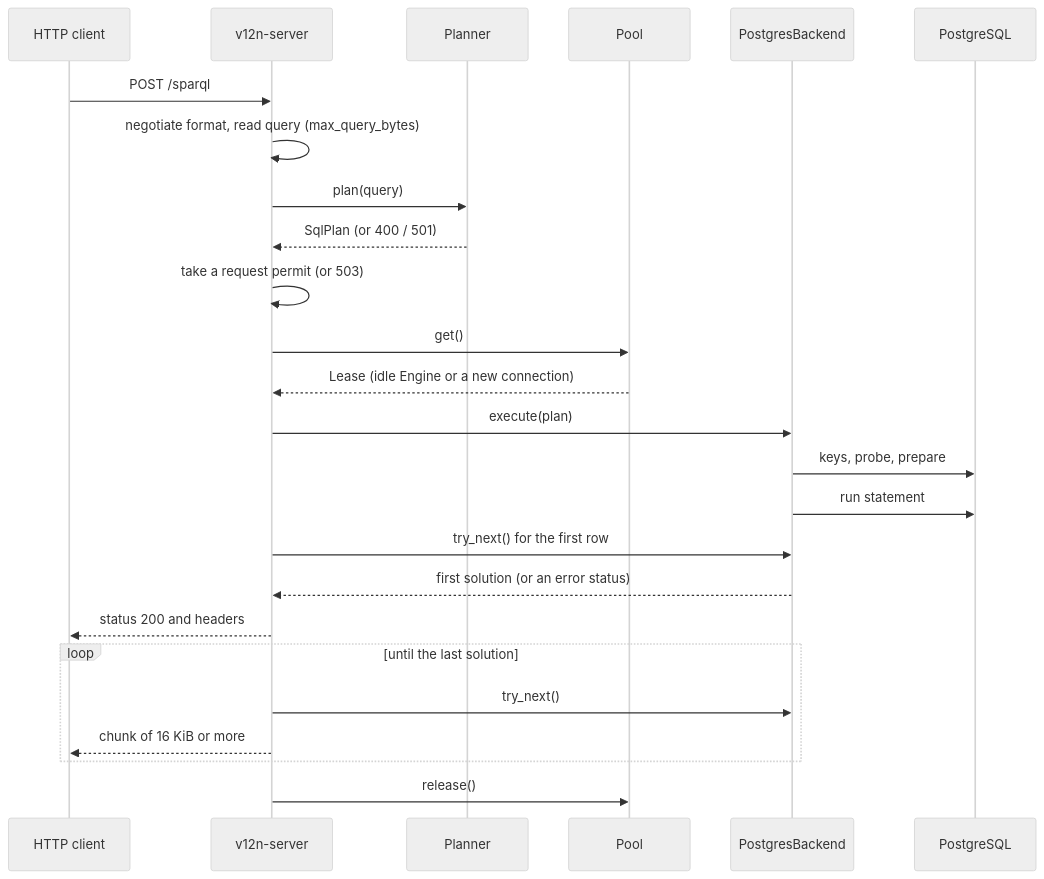
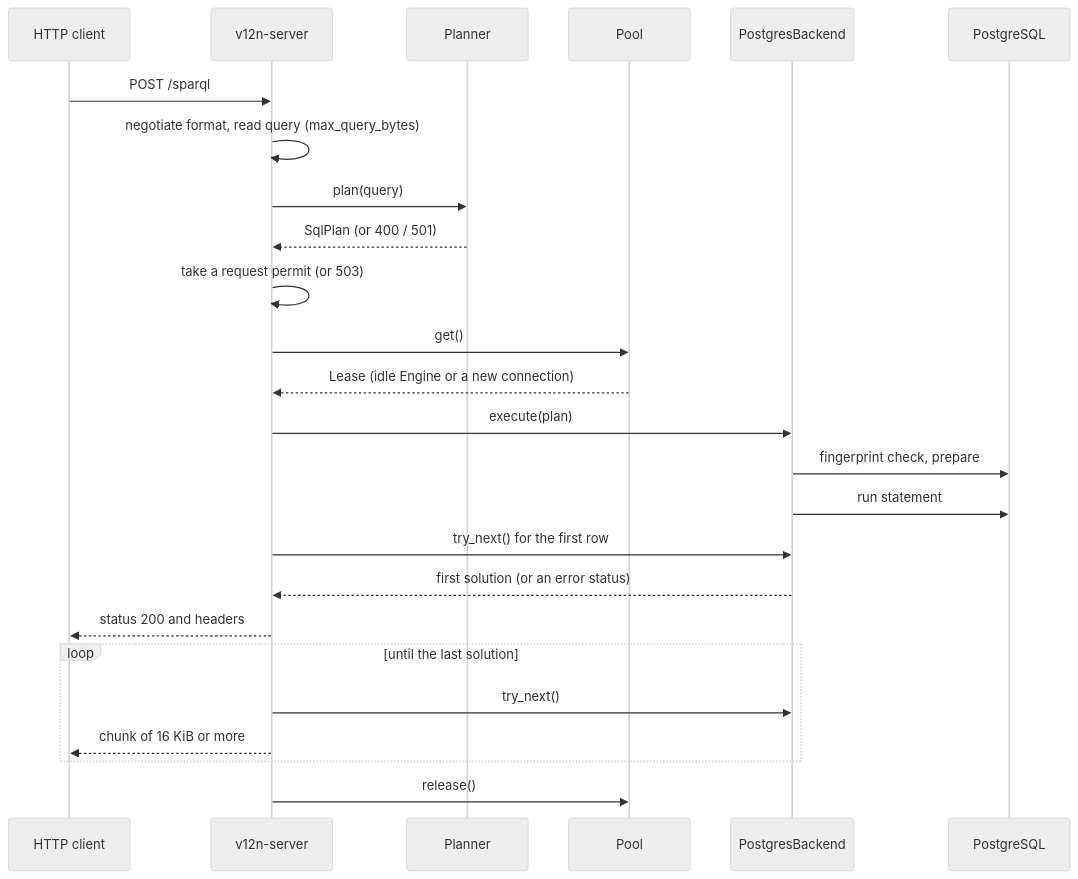
One commit to CharmingGroot/sparql-v12n changed the fifth of 5 diagrams in docs/architecture.md. Above: the diagram before and after it, drawn with Mermaid (neutral theme). The commit also changed other lines of this file and 26 other files, not shown here.

````diff
--- a/docs/architecture.md
+++ b/docs/architecture.md
@@ -210,27 +225,27 @@
 ```mermaid
 sequenceDiagram
     participant C as HTTP client
     participant S as v12n-server
     participant P as Planner
     participant L as Pool
     participant B as PostgresBackend
     participant D as PostgreSQL
     C->>S: POST /sparql
     S->>S: negotiate format, read query (max_query_bytes)
     S->>P: plan(query)
     P-->>S: SqlPlan (or 400 / 501)
     S->>S: take a request permit (or 503)
     S->>L: get()
     L-->>S: Lease (idle Engine or a new connection)
     S->>B: execute(plan)
-    B->>D: keys, probe, prepare
+    B->>D: fingerprint check, prepare
     B->>D: run statement
     S->>B: try_next() for the first row
     B-->>S: first solution (or an error status)
     S-->>C: status 200 and headers
     loop until the last solution
         S->>B: try_next()
         S-->>C: chunk of 16 KiB or more
     end
     S->>L: release()
 ```
````
